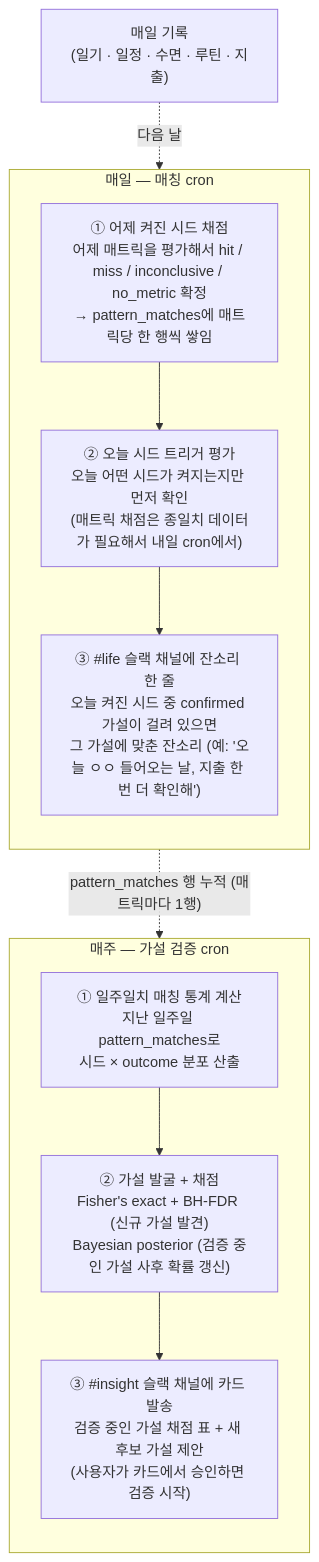
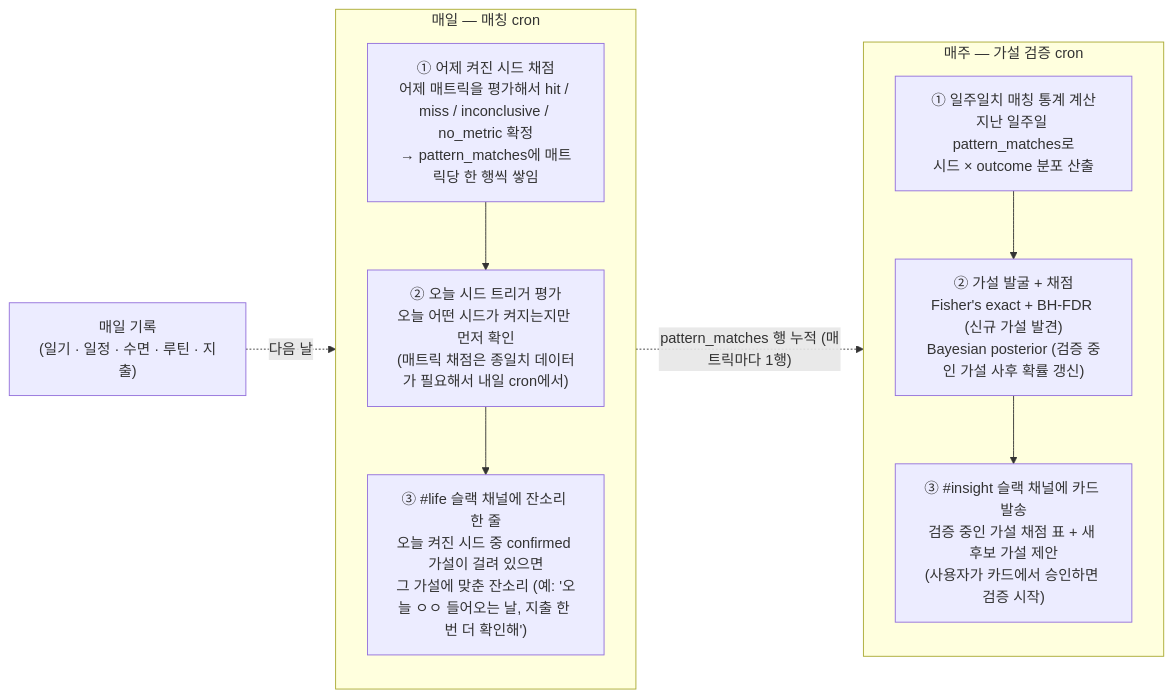
Before and after one commit to hyewon3938/slack-ai-agents: the first of 7 diagrams in docs/explainers/insight-v2.md, drawn with Mermaid.

Commit message:
docs(insight): 전체 그림 도식 가로 흐름으로 — flowchart TB → LR
세로로 너무 길어 한눈에 안 들어오던 문제 → 메인 흐름을 가로로:
REC → DAILY → WEEKLY 박스가 나란히
각 박스 내부는 direction TB 유지 (①→②→③ 세로 흐름)

````diff
--- a/docs/explainers/insight-v2.md
+++ b/docs/explainers/insight-v2.md
@@ -92,23 +92,23 @@
 ```mermaid
-flowchart TB
+flowchart LR
   REC["매일 기록<br/>(일기 · 일정 · 수면 · 루틴 · 지출)"]
 
   subgraph DAILY["매일 — 매칭 cron"]
     direction TB
     D1["① 어제 켜진 시드 채점<br/>어제 매트릭을 평가해서 hit / miss / inconclusive / no_metric 확정<br/>→ pattern_matches에 매트릭당 한 행씩 쌓임"]
     D2["② 오늘 시드 트리거 평가<br/>오늘 어떤 시드가 켜지는지만 먼저 확인<br/>(매트릭 채점은 종일치 데이터가 필요해서 내일 cron에서)"]
     D3["③ #life 슬랙 채널에 잔소리 한 줄<br/>오늘 켜진 시드 중 confirmed 가설이 걸려 있으면<br/>그 가설에 맞춘 잔소리 (예: '오늘 ㅇㅇ 들어오는 날, 지출 한 번 더 확인해')"]
     D1 --> D2 --> D3
   end
 
   subgraph WEEKLY["매주 — 가설 검증 cron"]
     direction TB
     W1["① 일주일치 매칭 통계 계산<br/>지난 일주일 pattern_matches로<br/>시드 × outcome 분포 산출"]
     W2["② 가설 발굴 + 채점<br/>Fisher's exact + BH-FDR (신규 가설 발견)<br/>Bayesian posterior (검증 중인 가설 사후 확률 갱신)"]
     W3["③ #insight 슬랙 채널에 카드 발송<br/>검증 중인 가설 채점 표 + 새 후보 가설 제안<br/>(사용자가 카드에서 승인하면 검증 시작)"]
     W1 --> W2 --> W3
   end
 
   REC -. 다음 날 .-> DAILY
   DAILY -. "pattern_matches 행 누적 (매트릭마다 1행)" .-> WEEKLY
 ```
````
